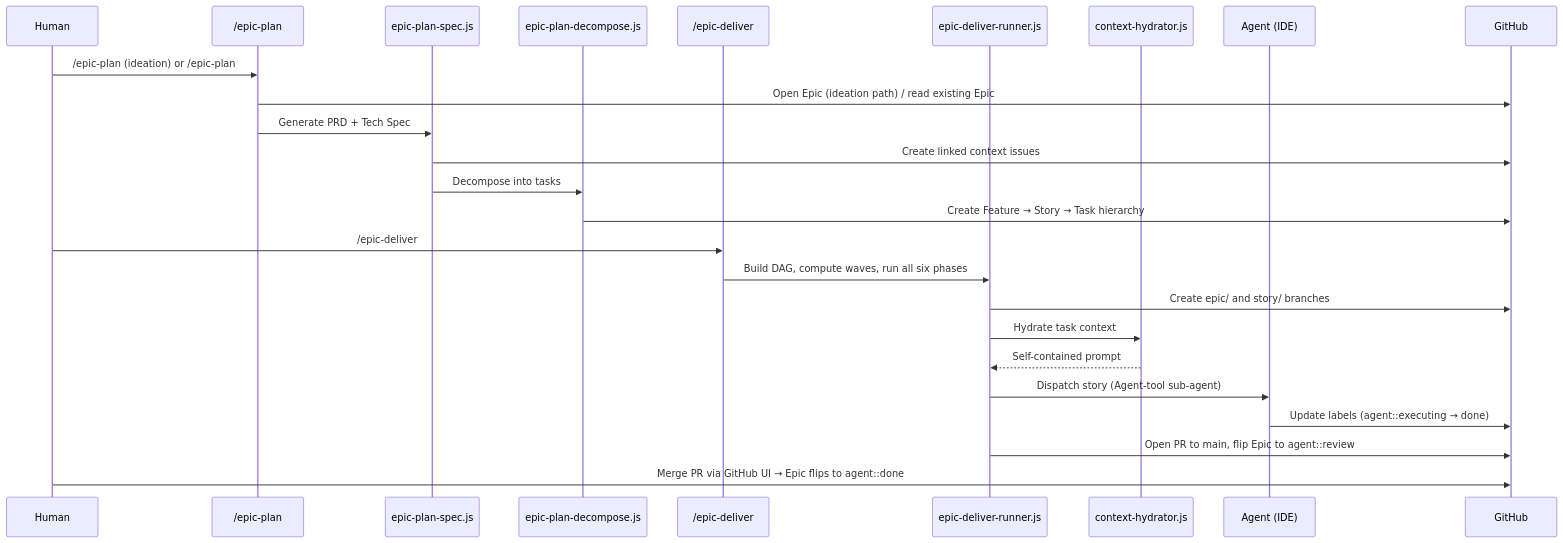
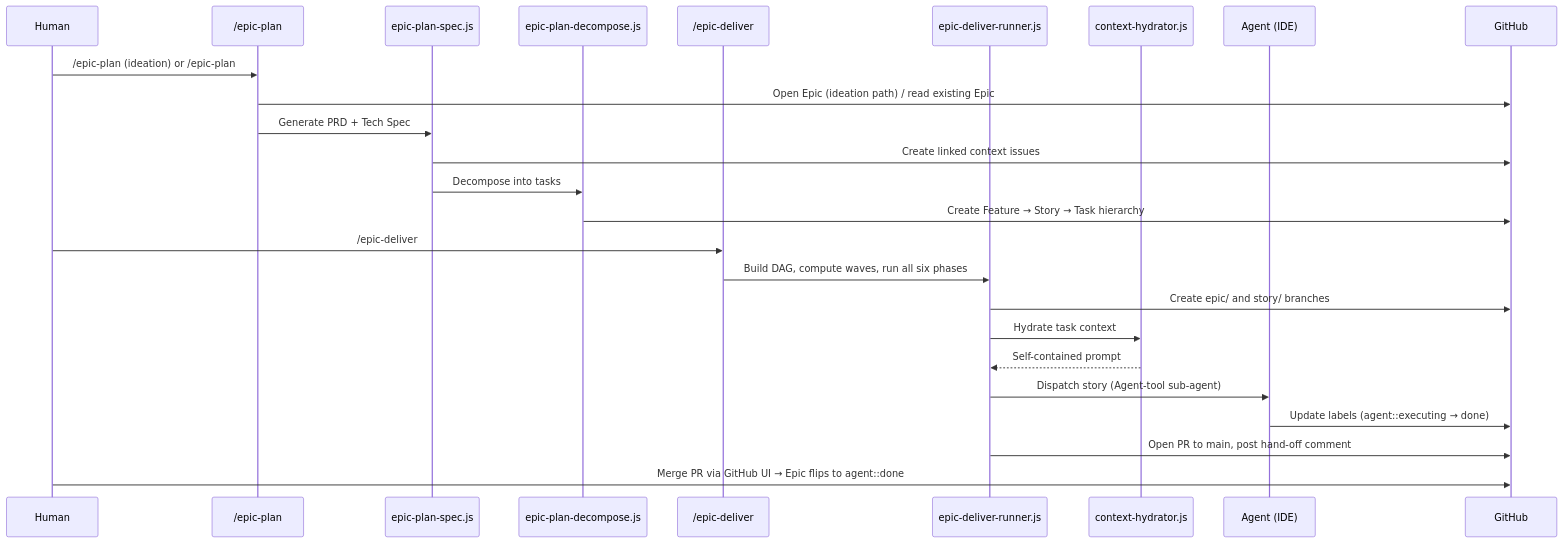
One commit to dsj1984/mandrel changed the seventh of 8 diagrams in docs/architecture.md. Above: the diagram before and after it, drawn with Mermaid. The commit also changed 61 other files, not shown here.

````diff
--- a/docs/architecture.md
+++ b/docs/architecture.md
@@ -504,29 +504,29 @@
 ```mermaid
 sequenceDiagram
     participant H as Human
     participant P as /epic-plan
     participant EP as epic-plan-spec.js
     participant TD as epic-plan-decompose.js
     participant D as /epic-deliver
     participant EDR as epic-deliver-runner.js
     participant CH as context-hydrator.js
     participant A as Agent (IDE)
     participant GH as GitHub
 
     H->>P: /epic-plan (ideation) or /epic-plan #EPIC
     P->>GH: Open Epic (ideation path) / read existing Epic
     P->>EP: Generate PRD + Tech Spec
     EP->>GH: Create linked context issues
     EP->>TD: Decompose into tasks
     TD->>GH: Create Feature → Story → Task hierarchy
 
     H->>D: /epic-deliver #EPIC
     D->>EDR: Build DAG, compute waves, run all six phases
     EDR->>GH: Create epic/ and story/ branches
     EDR->>CH: Hydrate task context
     CH-->>EDR: Self-contained prompt
     EDR->>A: Dispatch story (Agent-tool sub-agent)
     A->>GH: Update labels (agent::executing → done)
-    EDR->>GH: Open PR to main, flip Epic to agent::review
+    EDR->>GH: Open PR to main, post hand-off comment
     H->>GH: Merge PR via GitHub UI → Epic flips to agent::done
 ```
````
